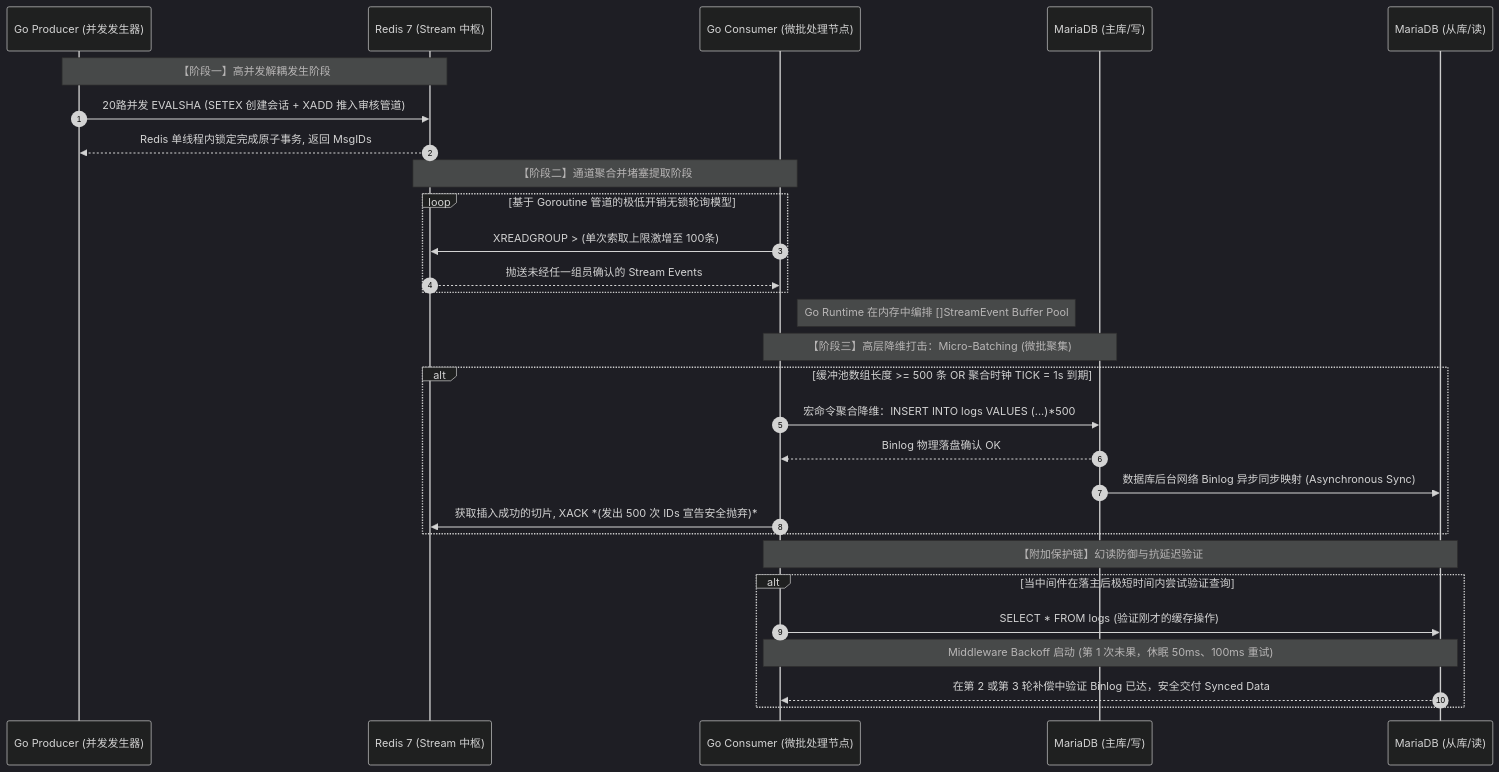
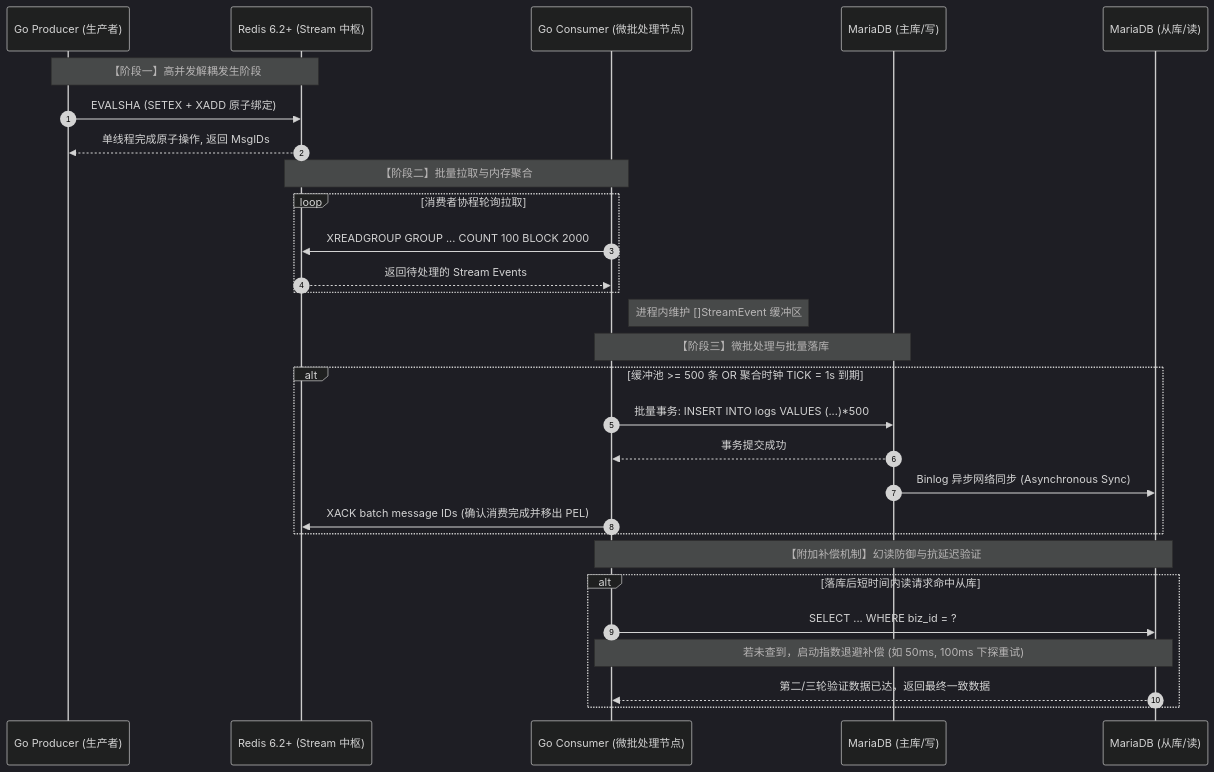
One commit to jkondrat-sd/peter changed the diagram in README.md. Above: the diagram before and after it, drawn with Mermaid (dark theme). The commit also changed other lines of this file, not shown here.

````diff
--- a/README.md
+++ b/README.md
@@ -26,36 +29,36 @@
 ```mermaid
 sequenceDiagram
     autonumber
-    participant Prod as Go Producer (并发发生器)
-    participant Redis as Redis 7 (Stream 中枢)
+    participant Prod as Go Producer (生产者)
+    participant Redis as Redis 6.2+ (Stream 中枢)
     participant Cons as Go Consumer (微批处理节点)
     participant Master as MariaDB (主库/写)
     participant Slave as MariaDB (从库/读)
 
     Note over Prod,Redis: 【阶段一】高并发解耦发生阶段
-    Prod->>Redis: 20路并发 EVALSHA (SETEX 创建会话 + XADD 推入审核管道)
-    Redis-->>Prod: Redis 单线程内锁定完成原子事务, 返回 MsgIDs
+    Prod->>Redis: EVALSHA (SETEX + XADD 原子绑定)
+    Redis-->>Prod: 单线程完成原子操作, 返回 MsgIDs
     
-    Note over Redis,Cons: 【阶段二】通道聚合并堵塞提取阶段
-    loop 基于 Goroutine 管道的极低开销无锁轮询模型
-        Cons->>Redis: XREADGROUP > (单次索取上限激增至 100条)
-        Redis-->>Cons: 抛送未经任一组员确认的 Stream Events
+    Note over Redis,Cons: 【阶段二】批量拉取与内存聚合
+    loop 消费者协程轮询拉取
+        Cons->>Redis: XREADGROUP GROUP ... COUNT 100 BLOCK 2000
+        Redis-->>Cons: 返回待处理的 Stream Events
     end
     
-    Note right of Cons: Go Runtime 在内存中编排 []StreamEvent Buffer Pool
+    Note right of Cons: 进程内维护 []StreamEvent 缓冲区
     
-    Note over Cons,Master: 【阶段三】高层降维打击：Micro-Batching (微批聚集)
-    alt 缓冲池数组长度 >= 500 条  OR  聚合时钟 TICK = 1s 到期
-        Cons->>Master: 宏命令聚合降维：INSERT INTO logs VALUES (...)*500
-        Master-->>Cons: Binlog 物理落盘确认 OK
-        Master->>Slave: 数据库后台网络 Binlog 异步同步映射 (Asynchronous Sync)
-        Cons->>Redis: 获取插入成功的切片, XACK *(发出 500 次 IDs 宣告安全抛弃)*
+    Note over Cons,Master: 【阶段三】微批处理与批量落库
+    alt 缓冲池 >= 500 条  OR  聚合时钟 TICK = 1s 到期
+        Cons->>Master: 批量事务: INSERT INTO logs VALUES (...)*500
+        Master-->>Cons: 事务提交成功
+        Master->>Slave: Binlog 异步网络同步 (Asynchronous Sync)
+        Cons->>Redis: XACK batch message IDs (确认消费完成并移出 PEL)
     end
     
-    Note over Cons,Slave: 【附加保护链】幻读防御与抗延迟验证
-    alt 当中间件在落主后极短时间内尝试验证查询
-        Cons->>Slave: SELECT * FROM logs (验证刚才的缓存操作)
-        Note over Cons,Slave: Middleware Backoff 启动 (第 1 次未果，休眠 50ms、100ms 重试)
-        Slave-->>Cons: 在第 2 或第 3 轮补偿中验证 Binlog 已达，安全交付 Synced Data
+    Note over Cons,Slave: 【附加补偿机制】幻读防御与抗延迟验证
+    alt 落库后短时间内读请求命中从库
+        Cons->>Slave: SELECT ... WHERE biz_id = ? 
+        Note over Cons,Slave: 若未查到，启动指数退避补偿 (如 50ms, 100ms 下探重试)
+        Slave-->>Cons: 第二/三轮验证数据已达，返回最终一致数据
     end
 ```
````
